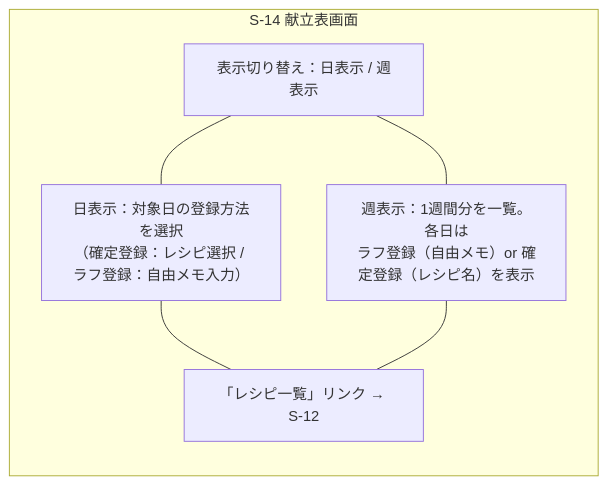
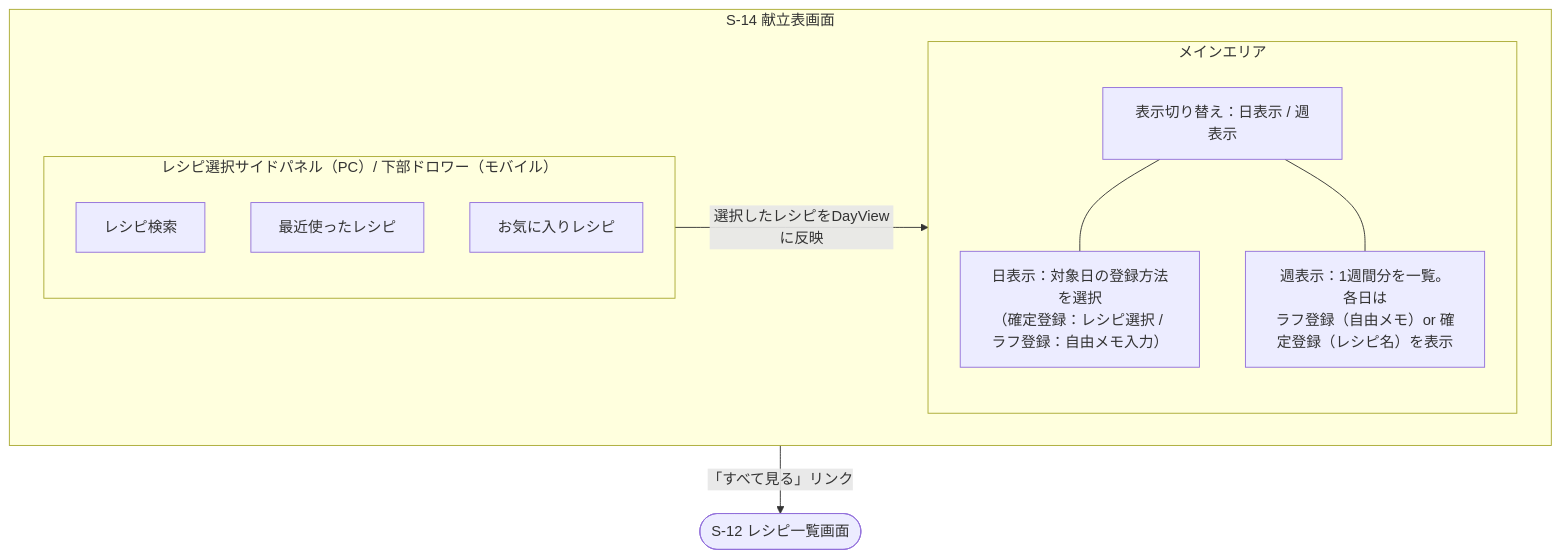
Diagram 13 of 17 in docs/details/wireframes.md (yamamotonaoki3/HomeLog), drawn with Mermaid before and after one commit. The commit also changed other lines of this file and 8 other files, not shown here.

````diff
--- a/docs/details/wireframes.md
+++ b/docs/details/wireframes.md
@@ -537,14 +536,22 @@
 ```mermaid
 flowchart TD
     subgraph Screen["S-14 献立表画面"]
-        direction TB
-        ViewToggle["表示切り替え：日表示 / 週表示"]
-        WeekView["週表示：1週間分を一覧。各日は\nラフ登録（自由メモ）or 確定登録（レシピ名）を表示"]
-        DayView["日表示：対象日の登録方法を選択\n（確定登録：レシピ選択 / ラフ登録：自由メモ入力）"]
-        RecipeLink["「レシピ一覧」リンク → S-12"]
+        direction LR
+        subgraph MainArea["メインエリア"]
+            direction TB
+            ViewToggle["表示切り替え：日表示 / 週表示"]
+            WeekView["週表示：1週間分を一覧。各日は\nラフ登録（自由メモ）or 確定登録（レシピ名）を表示"]
+            DayView["日表示：対象日の登録方法を選択\n（確定登録：レシピ選択 / ラフ登録：自由メモ入力）"]
+        end
+        subgraph RecipePanel["レシピ選択サイドパネル（PC）/ 下部ドロワー（モバイル）"]
+            direction TB
+            Search["レシピ検索"]
+            Recent["最近使ったレシピ"]
+            Favorite["お気に入りレシピ"]
+        end
     end
     ViewToggle --- DayView
     ViewToggle --- WeekView
-    DayView --- RecipeLink
-    WeekView --- RecipeLink
+    RecipePanel -- 選択したレシピをDayViewに反映 --> DayView
+    RecipePanel -- 「すべて見る」リンク --> S12(["S-12 レシピ一覧画面"])
 ```
````
